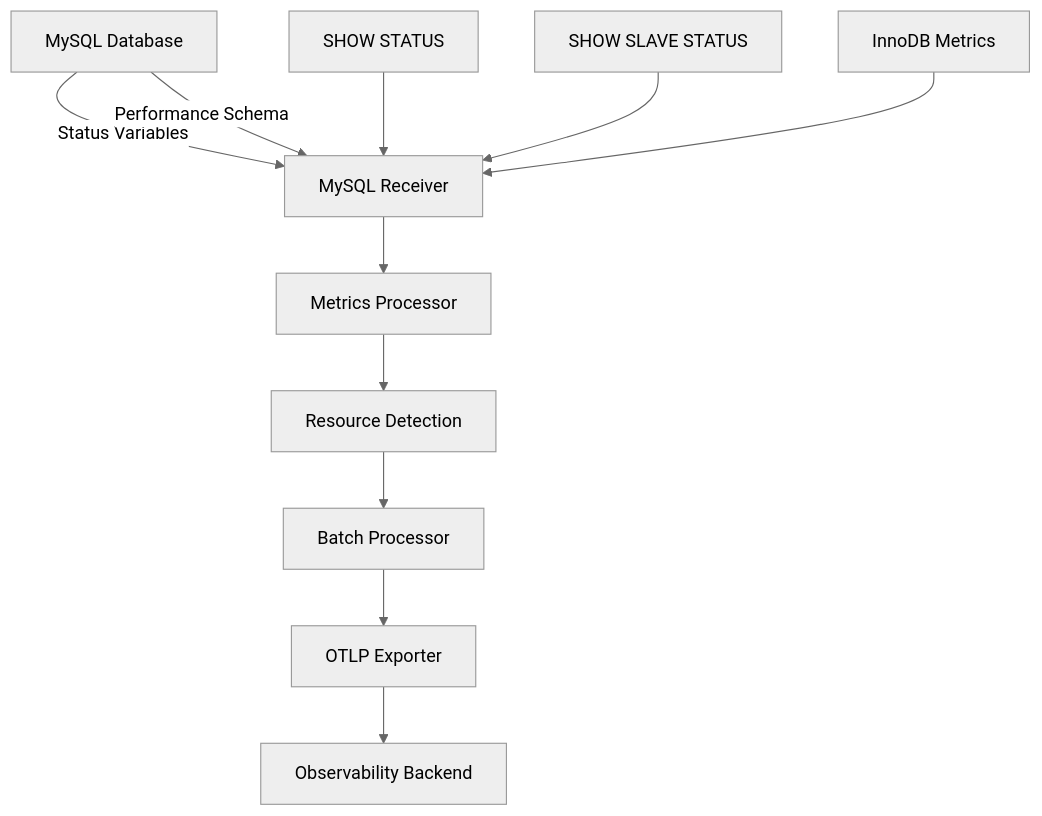
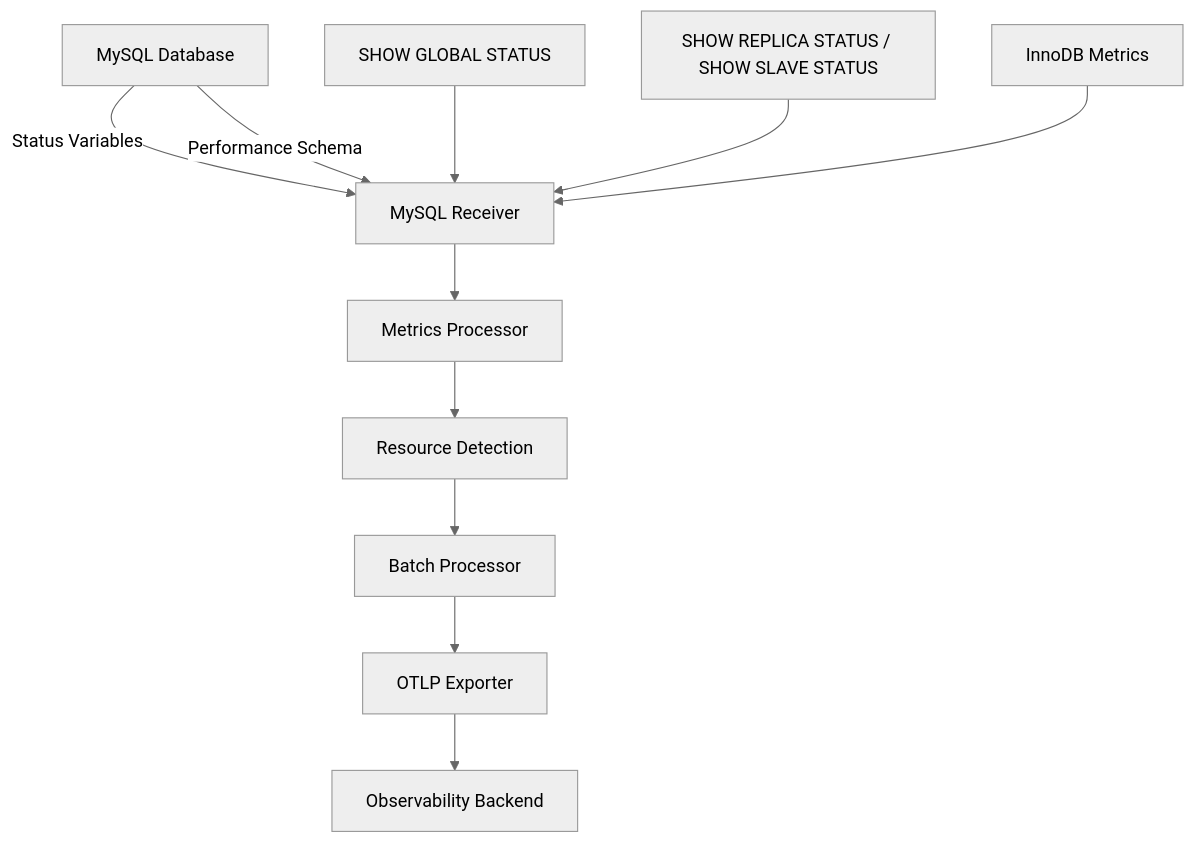
The diagram in posts/2026-02-06-mysql-receiver-opentelemetry-collector/README.md (OneUptime/blog), drawn with Mermaid (neutral theme) before and after one commit. The commit also changed other lines of this file and 2 other files, not shown here.

````diff
--- a/posts/2026-02-06-mysql-receiver-opentelemetry-collector/README.md
+++ b/posts/2026-02-06-mysql-receiver-opentelemetry-collector/README.md
@@ -17,14 +17,14 @@
 ```mermaid
 graph TD
     A[MySQL Database] -->|Status Variables| B[MySQL Receiver]
     A -->|Performance Schema| B
     B --> C[Metrics Processor]
     C --> D[Resource Detection]
     D --> E[Batch Processor]
     E --> F[OTLP Exporter]
     F --> G[Observability Backend]
 
-    A1[SHOW STATUS] --> B
-    A2[SHOW SLAVE STATUS] --> B
+    A1[SHOW GLOBAL STATUS] --> B
+    A2[SHOW REPLICA STATUS / SHOW SLAVE STATUS] --> B
     A3[InnoDB Metrics] --> B
 ```
````
